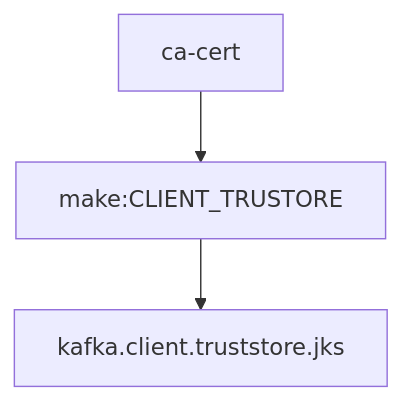
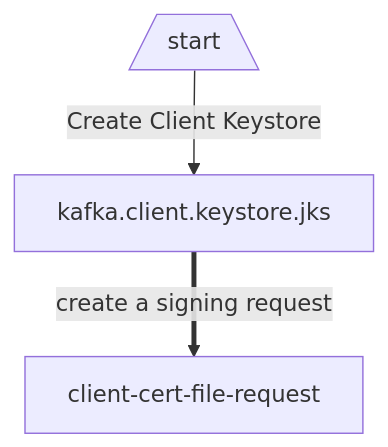
Before and after one commit to decodableco/examples: the fifth of 7 diagrams in mtls/README.md, drawn with Mermaid. The commit also changed other lines of this file, not shown here.

````diff
--- a/mtls/README.md
+++ b/mtls/README.md
@@ -98,6 +88,8 @@
 ```mermaid
 flowchart TD;
 
-ca-cert-->make:CLIENT_TRUSTORE-->jks[kafka.client.truststore.jks]
+    s[/start\]-->|Create Client Keystore| jks[kafka.client.keystore.jks]
+
+    jks==>|create a signing request| client-cert-file-request
 
 ```
````
